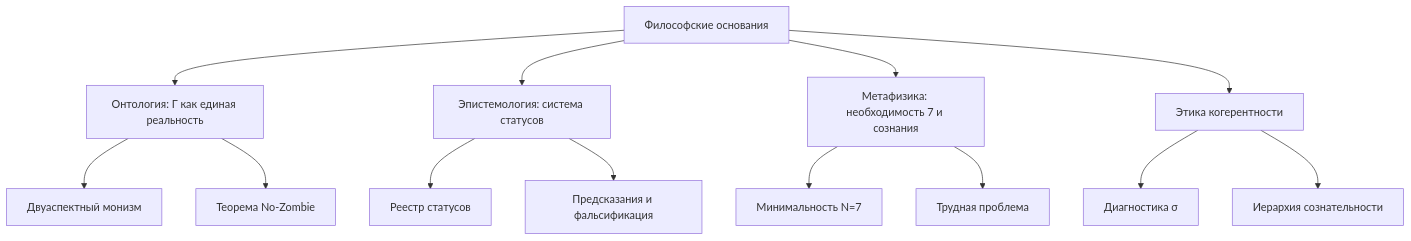
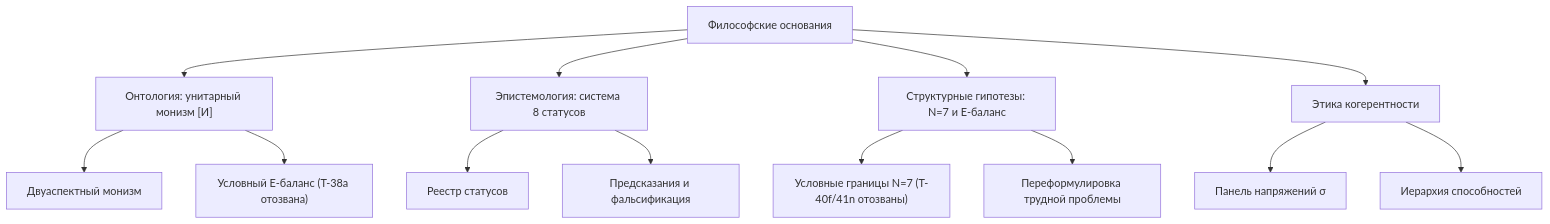
One commit to gst-st/uhm changed the diagram in website/i18n/ru/docusaurus-plugin-content-docs/current/applied/coherence-cybernetics/philosophy.md. Above: the diagram before and after it, drawn with Mermaid. The commit also changed other lines of this file and 376 other files, not shown here.

First line of the commit message:
Refactor UHM canon, decontaminate architecture, and verify EN/RU parity

````diff
--- a/website/i18n/ru/docusaurus-plugin-content-docs/current/applied/coherence-cybernetics/philosophy.md
+++ b/website/i18n/ru/docusaurus-plugin-content-docs/current/applied/coherence-cybernetics/philosophy.md
@@ -440,22 +394,22 @@
 ```mermaid
 graph TD
-    PHIL["Философские основания"] --> ONTO["Онтология: Γ как единая реальность"]
-    PHIL --> EPIST["Эпистемология: система статусов"]
-    PHIL --> META["Метафизика: необходимость 7 и сознания"]
+    PHIL["Философские основания"] --> ONTO["Онтология: унитарный монизм [И]"]
+    PHIL --> EPIST["Эпистемология: система 8 статусов"]
+    PHIL --> META["Структурные гипотезы: N=7 и E-баланс"]
     PHIL --> ETHICS["Этика когерентности"]
 
     ONTO --> TAM["Двуаспектный монизм"]
-    ONTO --> NOZOMBIE["Теорема No-Zombie"]
+    ONTO --> EBAL["Условный E-баланс (T-38a отозвана)"]
     EPIST --> REGISTRY["Реестр статусов"]
     EPIST --> PRED["Предсказания и фальсификация"]
-    META --> MIN7["Минимальность N=7"]
-    META --> HARD["Трудная проблема"]
-    ETHICS --> DIAG["Диагностика σ"]
-    ETHICS --> HIER["Иерархия сознательности"]
+    META --> MIN7["Условные границы N=7 (T-40f/41n отозваны)"]
+    META --> HARD["Переформулировка трудной проблемы"]
+    ETHICS --> DIAG["Панель напряжений σ"]
+    ETHICS --> HIER["Иерархия способностей"]
 
     click TAM "/docs/consciousness/foundations/two-aspect-monism"
     click REGISTRY "/docs/reference/status-registry"
     click PRED "./predictions"
     click MIN7 "/docs/proofs/minimality/theorem-minimality-7"
     click DIAG "./diagnostics"
 ```
````
